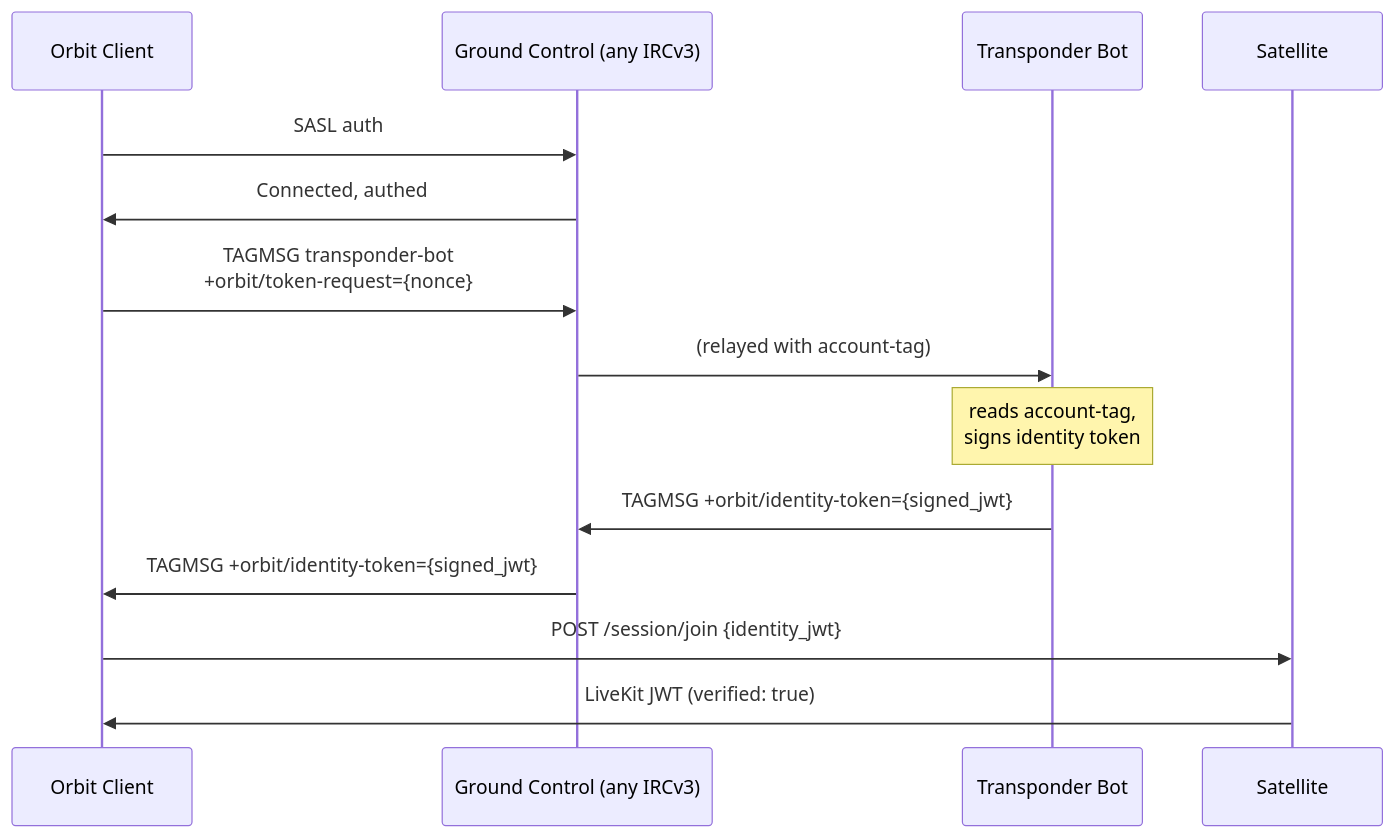
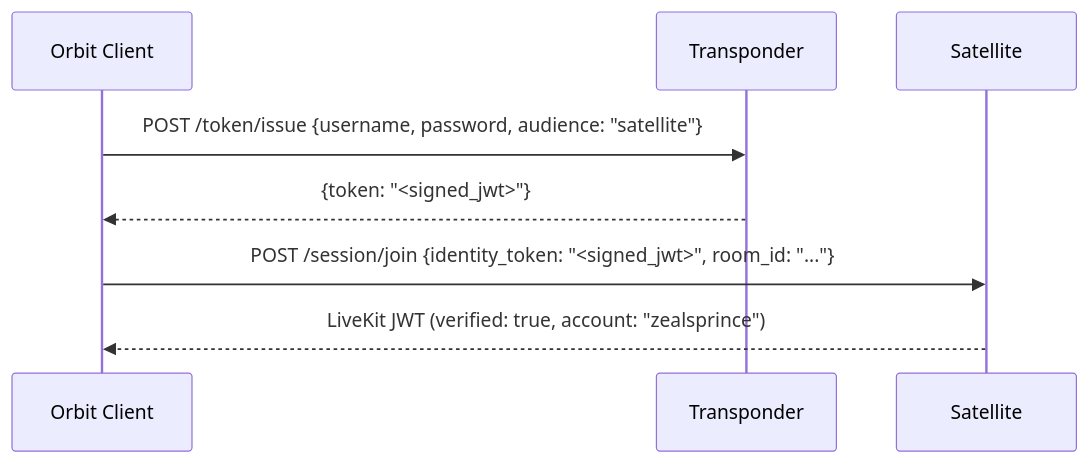
One commit to hivecom/orbit-spec changed the second of 2 diagrams in spec/02-components/04-transponder.md. Above: the diagram before and after it, drawn with Mermaid. The commit also changed other lines of this file and 16 other files, not shown here.

First line of the commit message:
Describe Transponder as standalone identity service

````diff
--- a/spec/02-components/04-transponder.md
+++ b/spec/02-components/04-transponder.md
@@ -65,19 +168,12 @@
 ```mermaid
 sequenceDiagram
     participant C as Orbit Client
-    participant G as Ground Control (any IRCv3)
-    participant T as Transponder Bot
+    participant T as Transponder
     participant S as Satellite
 
-    C->>G: SASL auth
-    G->>C: Connected, authed
+    C->>T: POST /token/issue {username, password, audience: "satellite"}
+    T-->>C: {token: "<signed_jwt>"}
 
-    C->>G: TAGMSG transponder-bot<br/>+orbit/token-request={nonce}
-    G->>T: (relayed with account-tag)
-    note over T: reads account-tag,<br/>signs identity token
-    T->>G: TAGMSG +orbit/identity-token={signed_jwt}
-    G->>C: TAGMSG +orbit/identity-token={signed_jwt}
-
-    C->>S: POST /session/join {identity_jwt}
-    S->>C: LiveKit JWT (verified: true)
+    C->>S: POST /session/join {identity_token: "<signed_jwt>", room_id: "..."}
+    S-->>C: LiveKit JWT (verified: true, account: "zealsprince")
 ```
````
